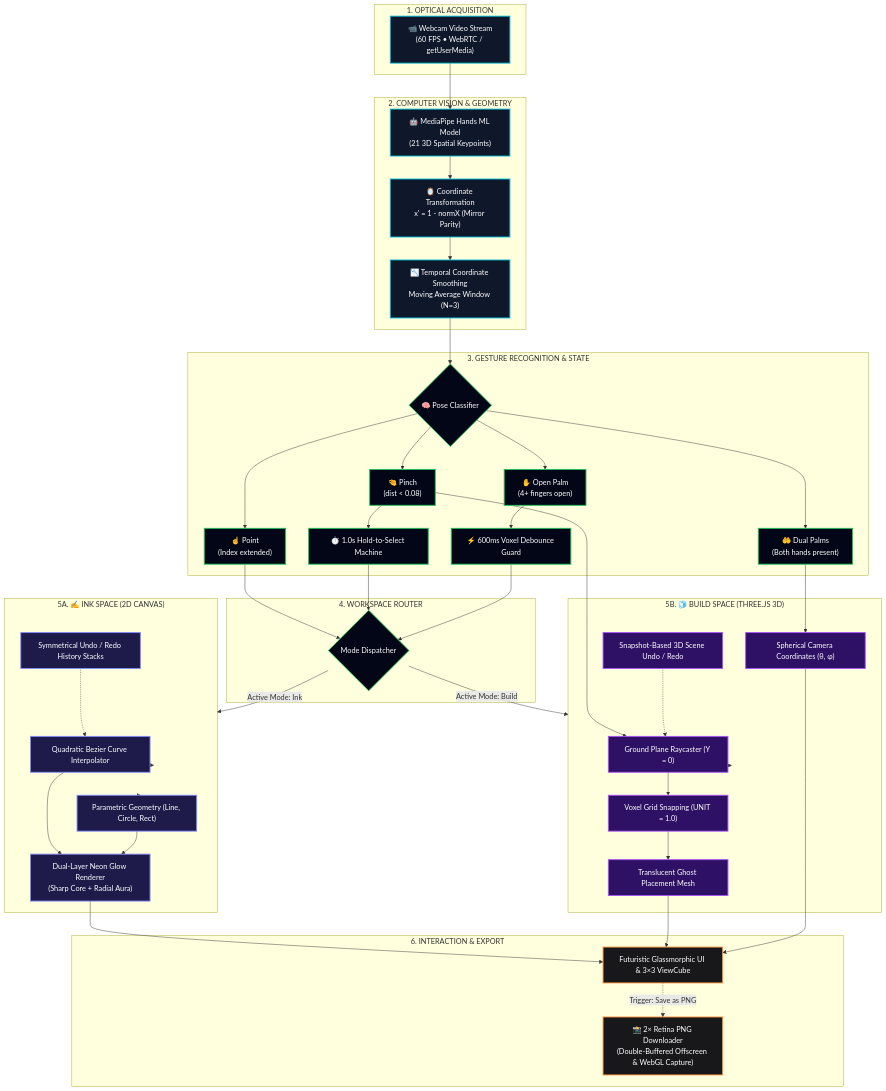
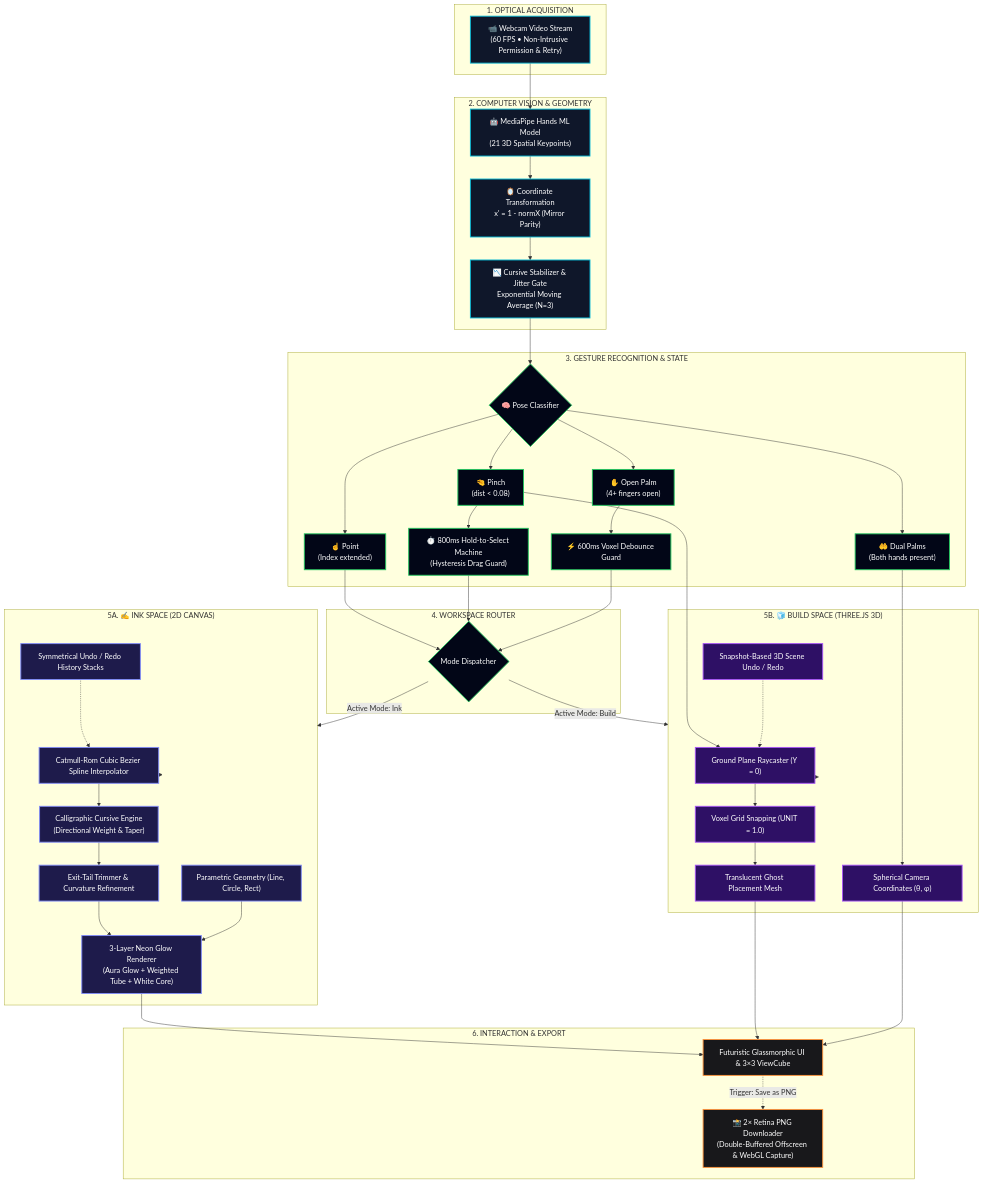
One commit to SumanthMamidi-MNS/AirForge changed the diagram in README.md. Above: the diagram before and after it, drawn with Mermaid. The commit also changed other lines of this file and 7 other files, not shown here.

Commit message:
feat(ink): add Calligraphic Cursive Engine, exit-tail trimmer, and seamless camera permission flow

````diff
--- a/README.md
+++ b/README.md
@@ -89,13 +97,13 @@
 ```mermaid
 flowchart TD
     subgraph S1 ["1. OPTICAL ACQUISITION"]
-        Cam["📹 Webcam Video Stream<br/>(60 FPS • WebRTC / getUserMedia)"]
+        Cam["📹 Webcam Video Stream<br/>(60 FPS • Non-Intrusive Permission & Retry)"]
     end
 
     subgraph S2 ["2. COMPUTER VISION & GEOMETRY"]
         MP["🤖 MediaPipe Hands ML Model<br/>(21 3D Spatial Keypoints)"]
         Mirror["🪞 Coordinate Transformation<br/>x' = 1 - normX (Mirror Parity)"]
-        Smooth["📉 Temporal Coordinate Smoothing<br/>Moving Average Window (N=3)"]
+        Smooth["📉 Cursive Stabilizer & Jitter Gate<br/>Exponential Moving Average (N=3)"]
     end
 
     subgraph S3 ["3. GESTURE RECOGNITION & STATE"]
@@ -104,7 +112,7 @@
         PinchPose["🤏 Pinch<br/>(dist &lt; 0.08)"]
         PalmPose["✋ Open Palm<br/>(4+ fingers open)"]
         DualPose["🤲 Dual Palms<br/>(Both hands present)"]
-        HoldTimer["⏱️ 1.0s Hold-to-Select Machine"]
+        HoldTimer["⏱️ 800ms Hold-to-Select Machine<br/>(Hysteresis Drag Guard)"]
         Debounce["⚡ 600ms Voxel Debounce Guard"]
     end
 
@@ -113,9 +121,11 @@
     end
 
     subgraph S5A ["5A. ✍️ INK SPACE (2D CANVAS)"]
-        InkDraw["Quadratic Bezier Curve Interpolator"]
+        InkDraw["Catmull-Rom Cubic Bezier Spline Interpolator"]
+        CalliEngine["Calligraphic Cursive Engine<br/>(Directional Weight & Taper)"]
+        TailTrimmer["Exit-Tail Trimmer & Curvature Refinement"]
         Shapes["Parametric Geometry (Line, Circle, Rect)"]
-        GlowPass["Dual-Layer Neon Glow Renderer<br/>(Sharp Core + Radial Aura)"]
+        GlowPass["3-Layer Neon Glow Renderer<br/>(Aura Glow + Weighted Tube + White Core)"]
         InkHistory["Symmetrical Undo / Redo History Stacks"]
     end
 
@@ -153,7 +163,8 @@
     Router -- "Active Mode: Ink" --> S5A
     Router -- "Active Mode: Build" --> S5B
 
-    S5A --> InkDraw & Shapes --> GlowPass --> GlassUI
+    S5A --> InkDraw --> CalliEngine --> TailTrimmer --> GlowPass --> GlassUI
+    Shapes --> GlowPass
     InkHistory -.-> InkDraw
 
     S5B --> Raycaster --> GridSnap --> GhostMesh --> GlassUI
@@ -170,7 +181,7 @@
 
     class Cam,MP,Mirror,Smooth stage;
     class Detector,PointPose,PinchPose,PalmPose,DualPose,HoldTimer,Debounce,Router logic;
-    class InkDraw,Shapes,GlowPass,InkHistory engine2d;
+    class InkDraw,CalliEngine,TailTrimmer,Shapes,GlowPass,InkHistory engine2d;
     class Raycaster,GridSnap,GhostMesh,OrbitControl,BuildHistory engine3d;
     class GlassUI,Export output;
 ```
````
